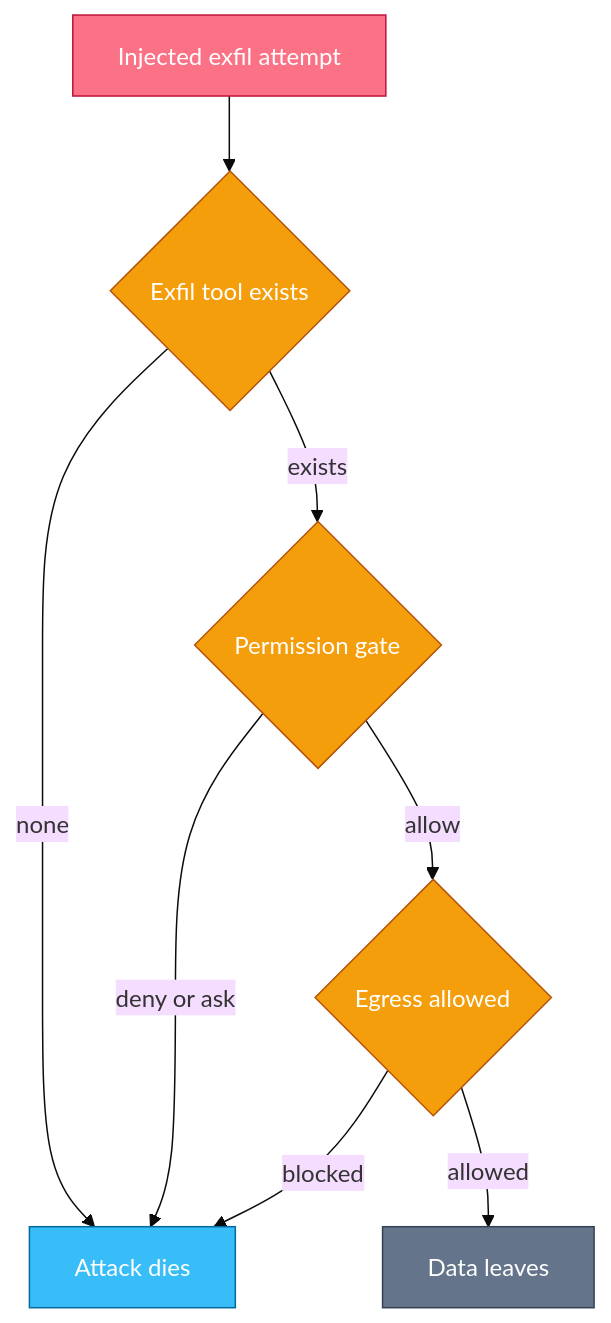
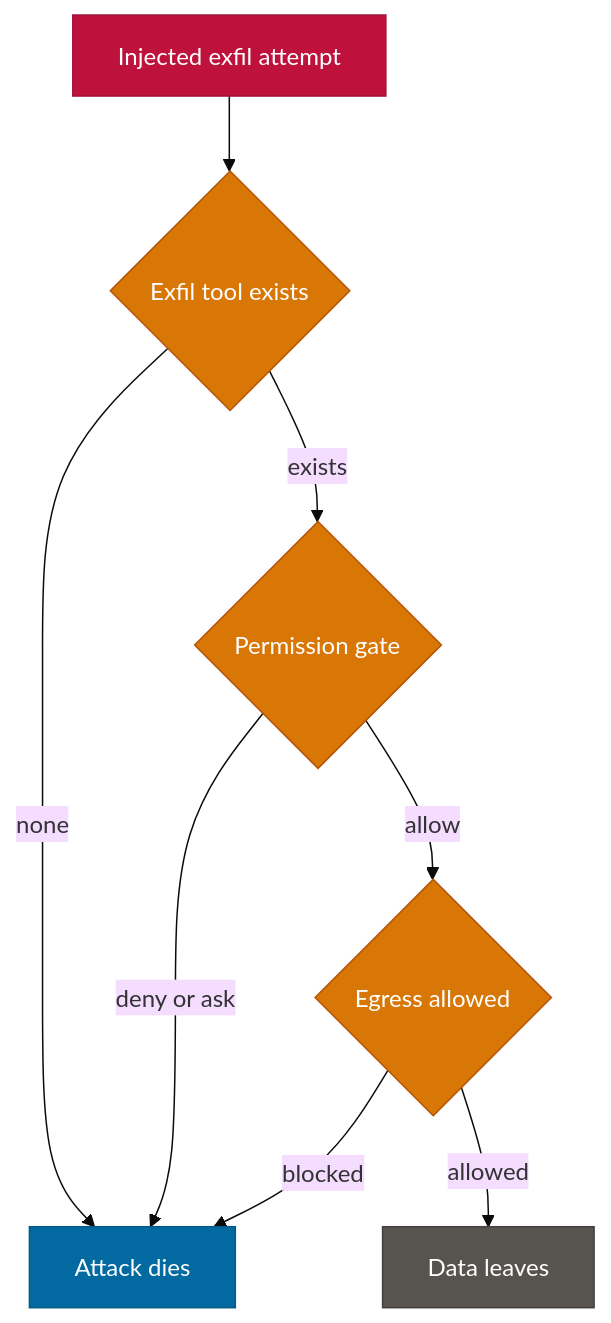
One commit to sanketsudake/agentic-engineering changed the second of 2 diagrams in chapters/ch11.md. Above: the diagram before and after it, drawn with Mermaid (base theme). The commit also changed 23 other files, not shown here.

````diff
--- a/chapters/ch11.md
+++ b/chapters/ch11.md
@@ -146,18 +146,18 @@
 ```mermaid
 flowchart TD
   ACT[Injected exfil attempt] --> CAP{Exfil tool exists}
   CAP -->|none| BLK[Attack dies]
   CAP -->|exists| GATE{Permission gate}
   GATE -->|deny or ask| BLK
   GATE -->|allow| EGR{Egress allowed}
   EGR -->|blocked| BLK
   EGR -->|allowed| LEAK[Data leaves]
-  classDef process fill:#38bdf8,stroke:#0369a1,color:#fff
-  classDef resource fill:#fb7185,stroke:#be123c,color:#fff
-  classDef lease fill:#f59e0b,stroke:#b45309,color:#fff
-  classDef external fill:#64748b,stroke:#334155,color:#fff
+  classDef process fill:#0369A1,stroke:#075985,color:#fff
+  classDef resource fill:#BE123C,stroke:#9F1239,color:#fff
+  classDef lease fill:#D97706,stroke:#B45309,color:#fff
+  classDef external fill:#57534E,stroke:#44403C,color:#fff
   class ACT resource
   class BLK process
   class CAP,GATE,EGR lease
   class LEAK external
 ```
````
